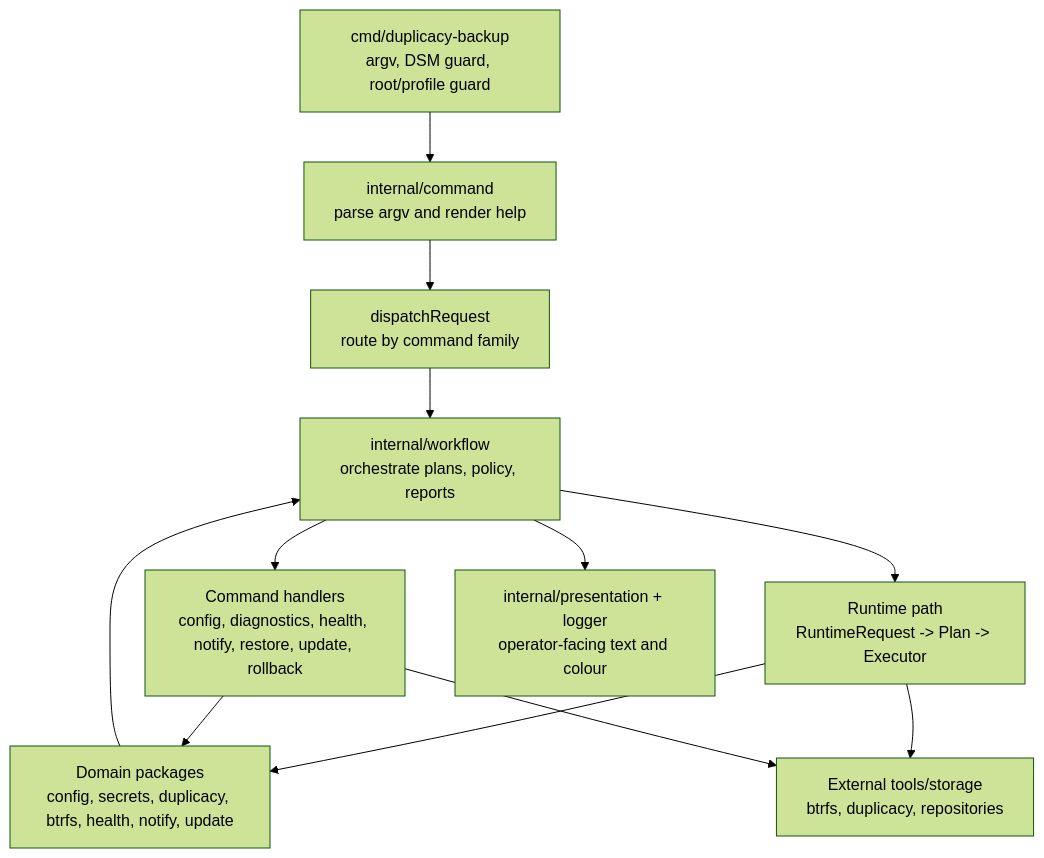
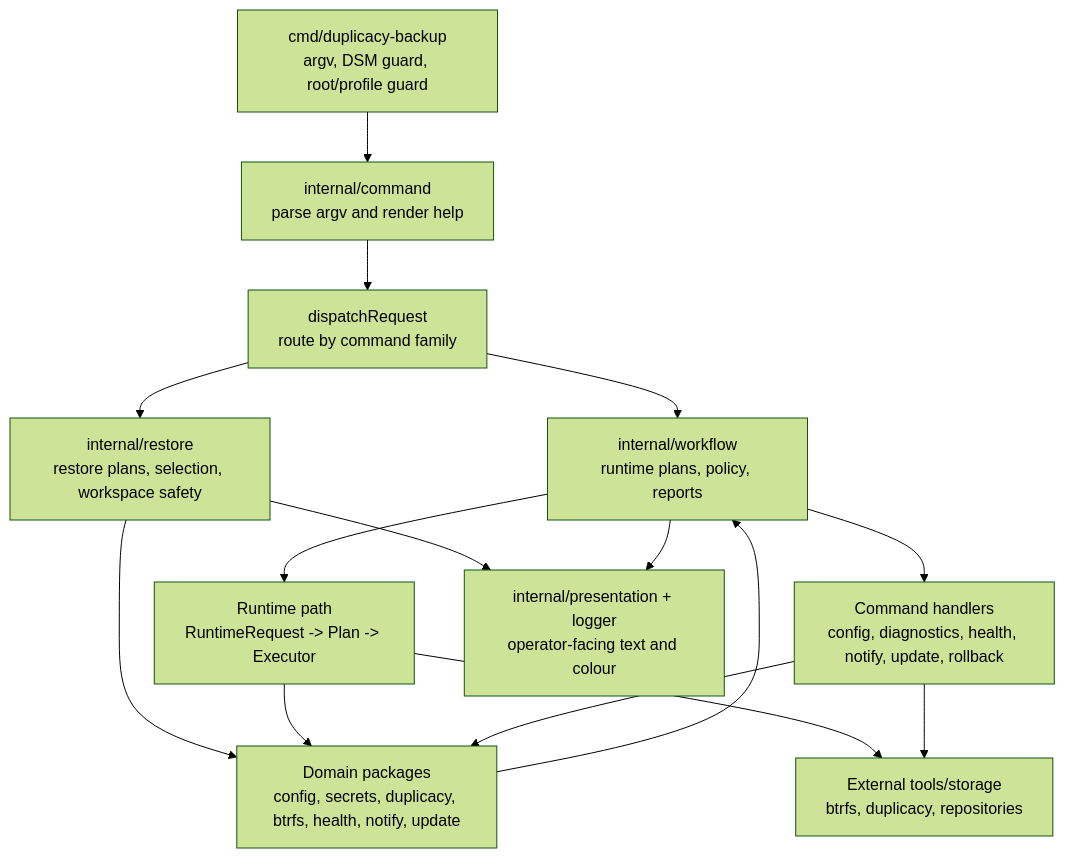
One commit to phillipmcmahon/synology-duplicacy-backup changed the diagram in docs/architecture.md. Above: the diagram before and after it, drawn with Mermaid (forest theme). The commit also changed other lines of this file and 31 other files, not shown here.

````diff
--- a/docs/architecture.md
+++ b/docs/architecture.md
@@ -22,24 +22,28 @@
 ```mermaid
 flowchart TD
     CLI["cmd/duplicacy-backup<br/>argv, DSM guard, root/profile guard"]
     Command["internal/command<br/>parse argv and render help"]
     Dispatch["dispatchRequest<br/>route by command family"]
-    Workflow["internal/workflow<br/>orchestrate plans, policy, reports"]
+    Workflow["internal/workflow<br/>runtime plans, policy, reports"]
+    Restore["internal/restore<br/>restore plans, selection, workspace safety"]
     Runtime["Runtime path<br/>RuntimeRequest -> Plan -> Executor"]
-    CommandHandlers["Command handlers<br/>config, diagnostics, health, notify, restore, update, rollback"]
+    CommandHandlers["Command handlers<br/>config, diagnostics, health, notify, update, rollback"]
     Domains["Domain packages<br/>config, secrets, duplicacy, btrfs, health, notify, update"]
     Presentation["internal/presentation + logger<br/>operator-facing text and colour"]
     External["External tools/storage<br/>btrfs, duplicacy, repositories"]
 
     CLI --> Command
     Command --> Dispatch
     Dispatch --> Workflow
+    Dispatch --> Restore
     Workflow --> Runtime
     Workflow --> CommandHandlers
+    Restore --> Domains
+    Restore --> Presentation
     Runtime --> Domains
     CommandHandlers --> Domains
     Runtime --> External
     CommandHandlers --> External
     Workflow --> Presentation
     Domains --> Workflow
 ```
````
